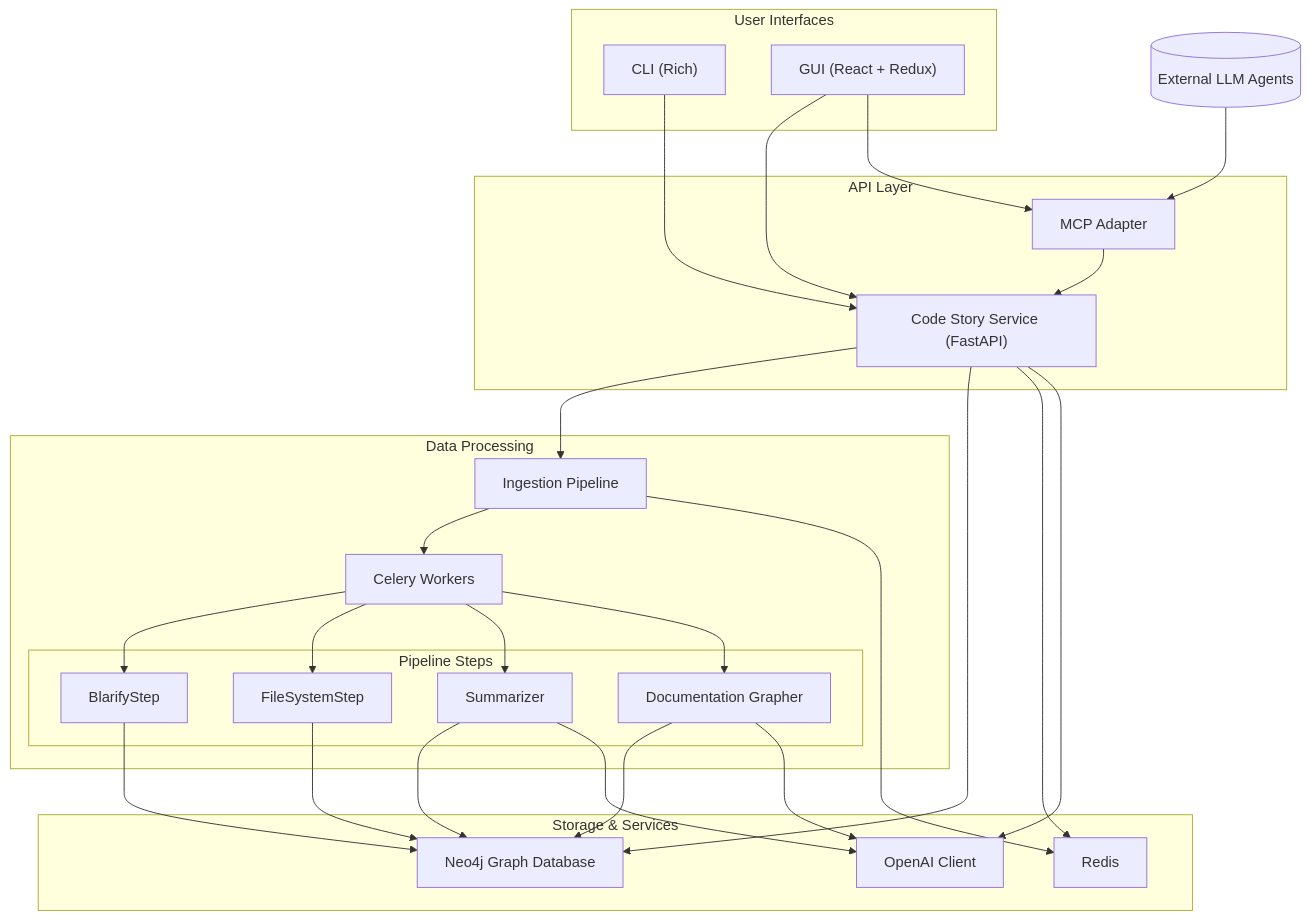
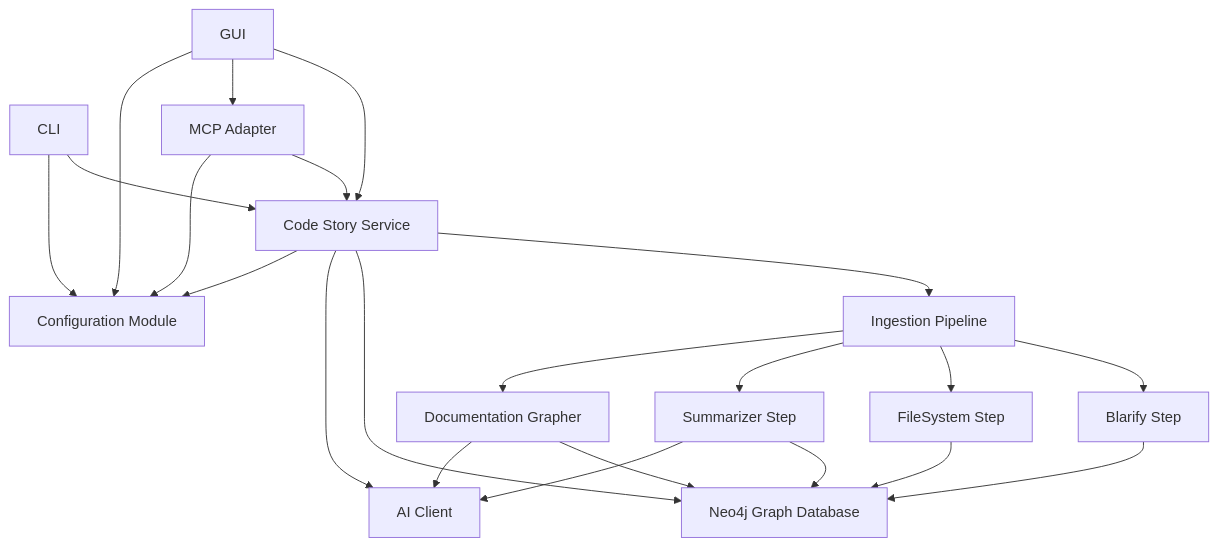
The diagram in specs/Main.md (rysweet/code-story), drawn with Mermaid before and after one commit. The commit also changed other lines of this file and 17 other files, not shown here.

````diff
--- a/specs/Main.md
+++ b/specs/Main.md
@@ -59,48 +27,21 @@
 ```mermaid
 graph TD
-    subgraph "User Interfaces"
-        CLI["CLI (Rich)"]
-        GUI["GUI (React + Redux)"]
-    end
-
-    subgraph "API Layer"
-        CS["Code Story Service (FastAPI)"]
-        MCP["MCP Adapter"]
-    end
-
-    subgraph "Data Processing"
-        IP["Ingestion Pipeline"]
-        CELERY["Celery Workers"]
-        
-        subgraph "Pipeline Steps"
-            BS["BlarifyStep"]
-            FS["FileSystemStep"]
-            SS["Summarizer"]
-            DG["Documentation Grapher"]
-        end
-    end
-
-    subgraph "Storage & Services"
-        NEO4J["Neo4j Graph Database"]
-        REDIS["Redis"]
-        OAI["OpenAI Client"]
-    end
-
-    CLI --> CS
-    GUI --> CS
-    GUI --> MCP
+    CLI[CLI] --> CS[Code Story Service]
+    GUI[GUI] --> CS
+    GUI --> MCP[MCP Adapter]
     MCP --> CS
-    CS --> IP
-    IP --> CELERY
-    CELERY --> BS & FS & SS & DG
+    CS --> IP[Ingestion Pipeline]
+    CS --> NEO4J[Neo4j Graph Database]
+    CS --> AI[AI Client]
+    IP --> BS[Blarify Step]
+    IP --> FS[FileSystem Step]
+    IP --> SS[Summarizer Step]
+    IP --> DG[Documentation Grapher]
     BS & FS & SS & DG --> NEO4J
-    CS --> NEO4J
-    IP --> REDIS
-    CS --> REDIS
-    SS --> OAI
-    DG --> OAI
-    CS --> OAI
-    
-    %% External interactions
-    AGENT[("External LLM Agents")] --> MCP
+    SS --> AI
+    DG --> AI
+    CS --> CONFIG[Configuration Module]
+    MCP --> CONFIG
+    CLI --> CONFIG
+    GUI --> CONFIG
 ```
````
